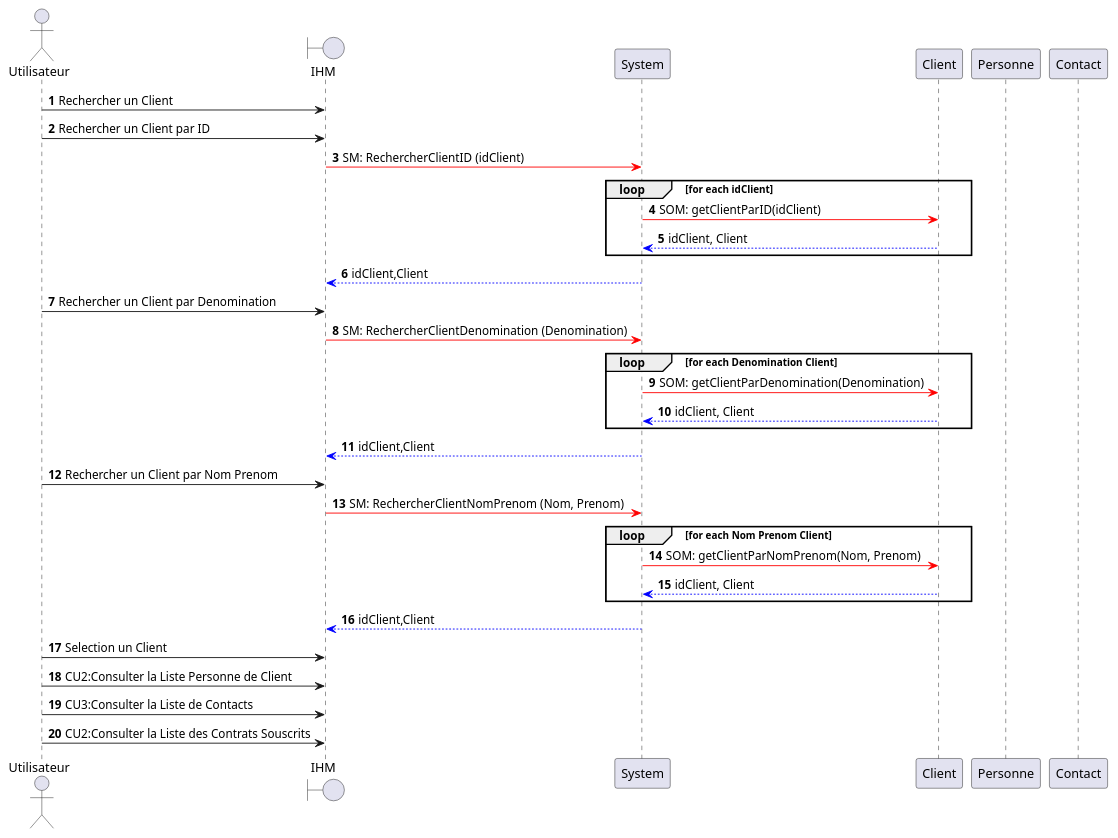
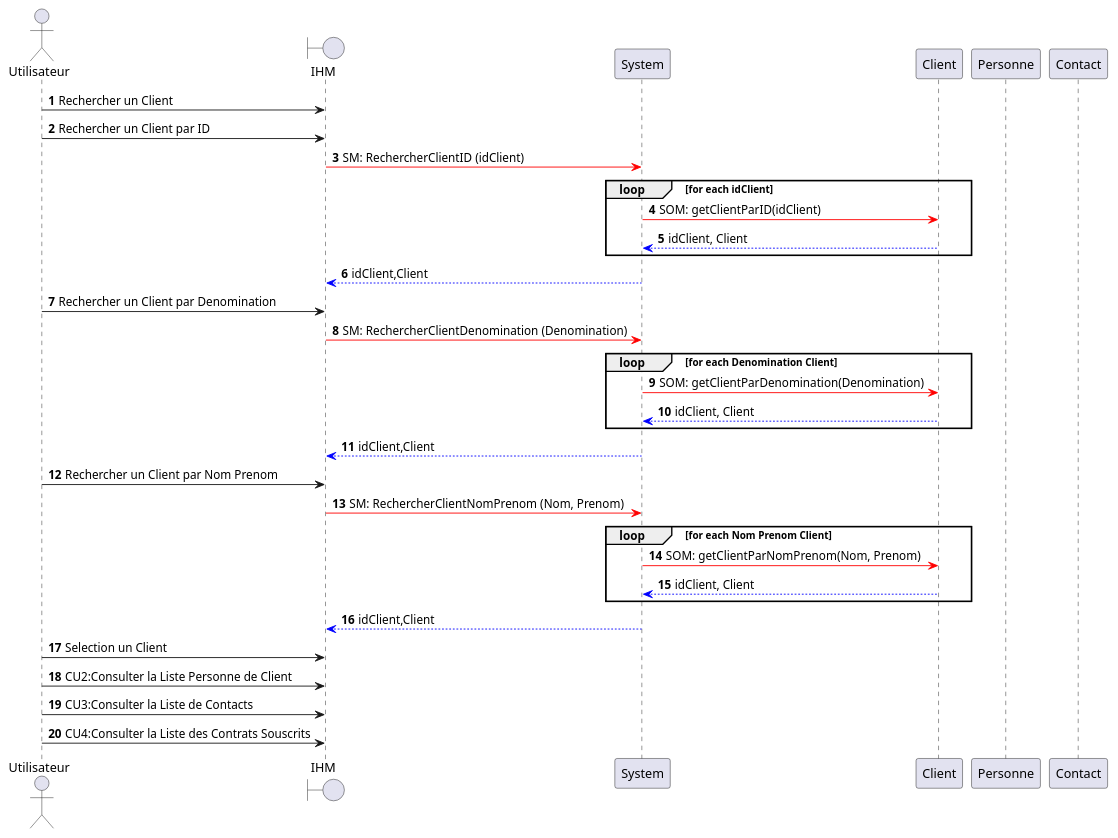
Before and after one commit to HZjiadong/PLD-MARS: the diagram in src/documentation/CU1-DSD.puml, drawn with PlantUML.

```diff
--- a/src/documentation/CU1-DSD.puml
+++ b/src/documentation/CU1-DSD.puml
@@ -1,43 +1,43 @@
 @startuml
 actor Utilisateur as U
 boundary IHM as I
 participant System as S
 participant Client as C
 participant Personne as P
 participant Contact as Con
 autonumber
 
 U->I: Rechercher un Client
 
 U->I: Rechercher un Client par ID
     I-[#red]>S: SM: RechercherClientID (idClient)
         loop for each idClient
         S-[#red]>C: SOM: getClientParID(idClient)
         C-[#0000FF]->S: idClient, Client
         end
     S-[#0000FF]->I: idClient,Client
 
 U->I: Rechercher un Client par Denomination
     I-[#red]>S: SM: RechercherClientDenomination (Denomination)
         loop for each Denomination Client
         S-[#red]>C: SOM: getClientParDenomination(Denomination)
         C-[#0000FF]->S: idClient, Client
         end
     S-[#0000FF]->I: idClient,Client
 
 U->I: Rechercher un Client par Nom Prenom
     I-[#red]>S: SM: RechercherClientNomPrenom (Nom, Prenom)
         loop for each Nom Prenom Client
         S-[#red]>C: SOM: getClientParNomPrenom(Nom, Prenom)
         C-[#0000FF]->S: idClient, Client
         end
     S-[#0000FF]->I: idClient,Client
 
 U->I: Selection un Client
 
 U->I: CU2:Consulter la Liste Personne de Client
 U->I: CU3:Consulter la Liste de Contacts
-U->I: CU2:Consulter la Liste des Contrats Souscrits
+U->I: CU4:Consulter la Liste des Contrats Souscrits
 
 
 @enduml
```
